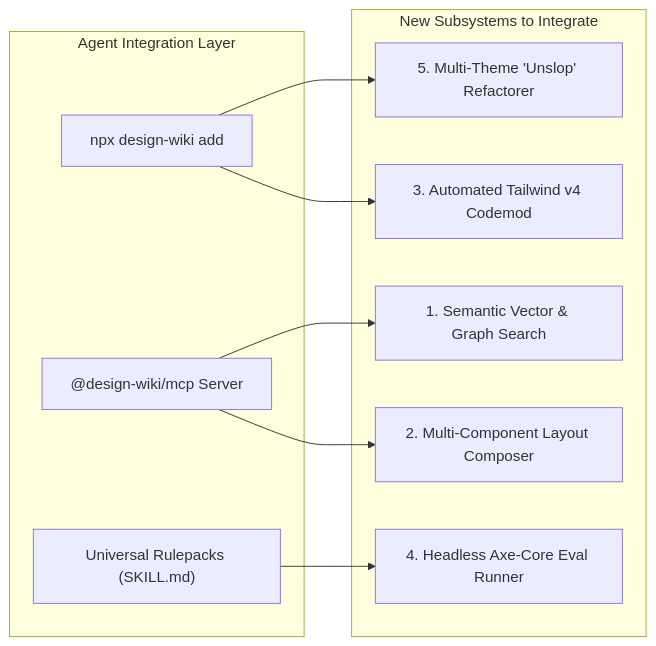
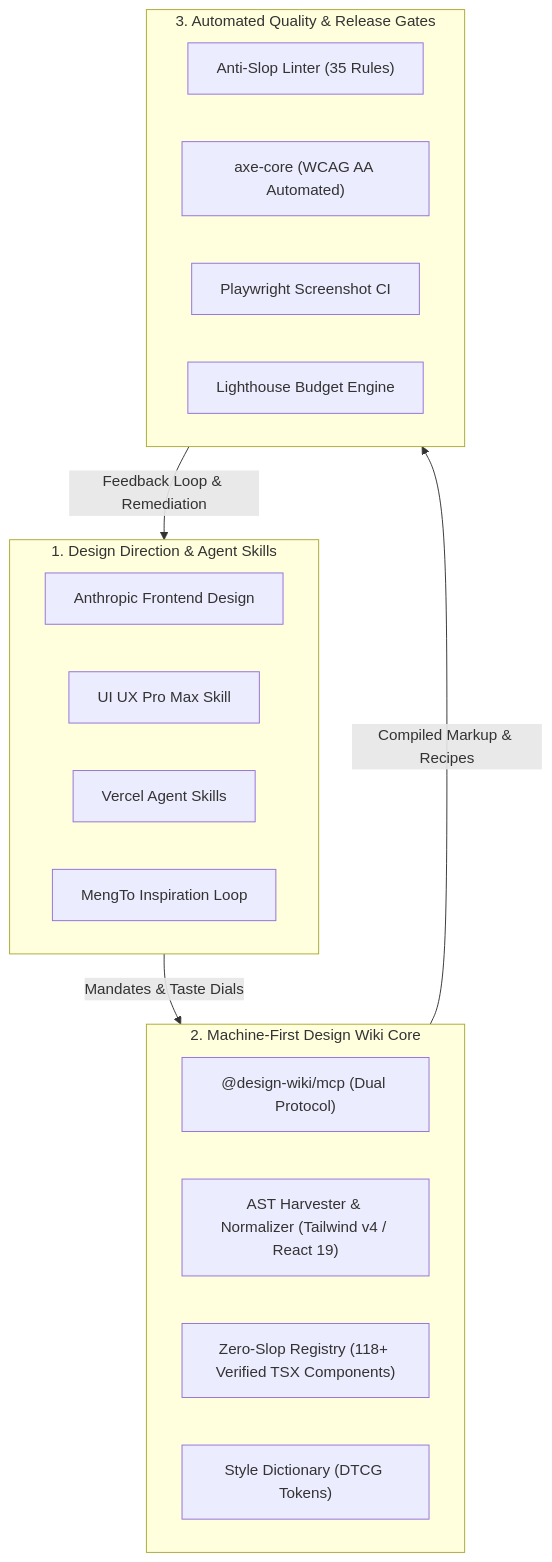
The diagram in new.md (Nether403/Agent-Wiki), drawn with Mermaid before and after one commit. The commit also changed other lines of this file and 158 other files, not shown here.

First line of the commit message:
feat(tokens): add design tokens and Style Dictionary configuration

````diff
--- a/new.md
+++ b/new.md
@@ -178,22 +14,27 @@
 ```mermaid
-flowchart LR
-    subgraph "Agent Integration Layer"
-        CLI["npx design-wiki add <slug>"]
-        MCP["@design-wiki/mcp Server"]
-        SKILL["Universal Rulepacks (SKILL.md)"]
+flowchart TD
+    subgraph S1["1. Design Direction & Agent Skills"]
+        A1["Anthropic Frontend Design"]
+        A2["UI UX Pro Max Skill"]
+        A3["Vercel Agent Skills"]
+        A4["MengTo Inspiration Loop"]
     end
 
-    subgraph "New Subsystems to Integrate"
-        VS["1. Semantic Vector & Graph Search"]
-        LC["2. Multi-Component Layout Composer"]
-        AST["3. Automated Tailwind v4 Codemod"]
-        A11Y["4. Headless Axe-Core Eval Runner"]
-        THEME["5. Multi-Theme 'Unslop' Refactorer"]
+    subgraph S2["2. Machine-First Design Wiki Core"]
+        B1["@design-wiki/mcp (Dual Protocol)"]
+        B2["AST Harvester & Normalizer (Tailwind v4 / React 19)"]
+        B3["Zero-Slop Registry (118+ Verified TSX Components)"]
+        B4["Style Dictionary (DTCG Tokens)"]
     end
 
-    MCP --> VS
-    MCP --> LC
-    CLI --> THEME
-    CLI --> AST
-    SKILL --> A11Y
+    subgraph S3["3. Automated Quality & Release Gates"]
+        C1["Anti-Slop Linter (35 Rules)"]
+        C2["axe-core (WCAG AA Automated)"]
+        C3["Playwright Screenshot CI"]
+        C4["Lighthouse Budget Engine"]
+    end
+
+    S1 -->|Mandates & Taste Dials| S2
+    S2 -->|Compiled Markup & Recipes| S3
+    S3 -->|Feedback Loop & Remediation| S1
 ```
````
